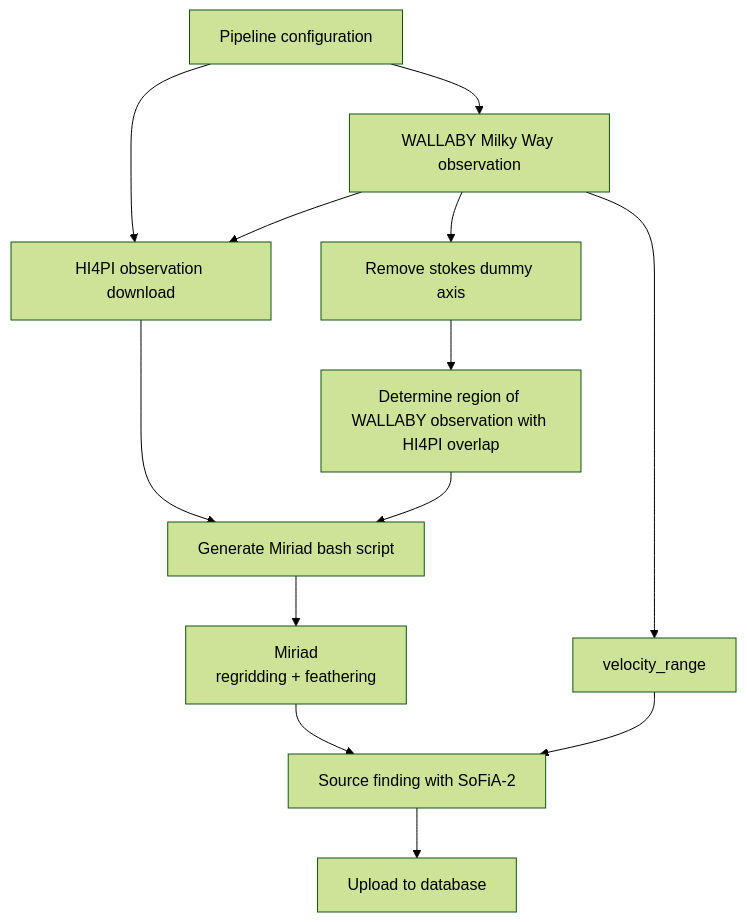
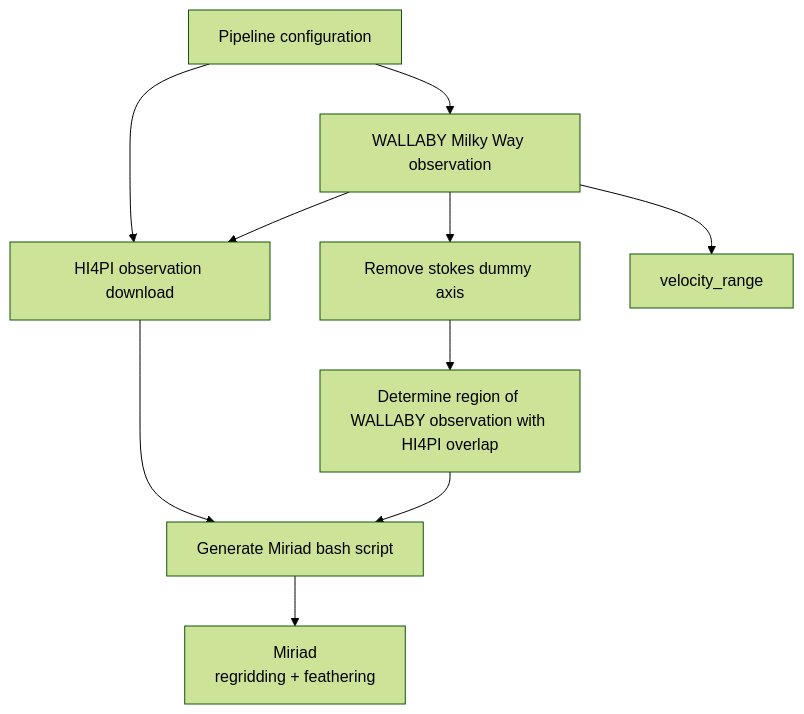
The first of 2 diagrams in README.md (AusSRC/wallaby_mw), drawn with Mermaid (forest theme) before and after one commit. The commit also changed other lines of this file, not shown here.

````diff
--- a/README.md
+++ b/README.md
@@ -20,28 +20,22 @@
 ```mermaid
 
 flowchart TD
     config["Pipeline configuration"]
     wallaby["WALLABY Milky Way observation"]
     hi4pi["HI4PI observation download"]
     subfits["Remove stokes dummy axis"]
     region["Determine region of WALLABY observation with HI4PI overlap"]
     miriad_script["Generate Miriad bash script"]
     miriad["Miriad
      regridding + feathering"]
-    sofia["Source finding with SoFiA-2"]
-    sofiax["Upload to database"]
 
     config --> hi4pi
     config --> wallaby
     wallaby --> hi4pi
     wallaby --> subfits
     subfits --> region
     region --> miriad_script
     hi4pi --> miriad_script
     miriad_script --> miriad
-    miriad --> sofia
     wallaby --> velocity_range
-    velocity_range --> sofia
-    sofia --> sofiax
-
 ```
````
